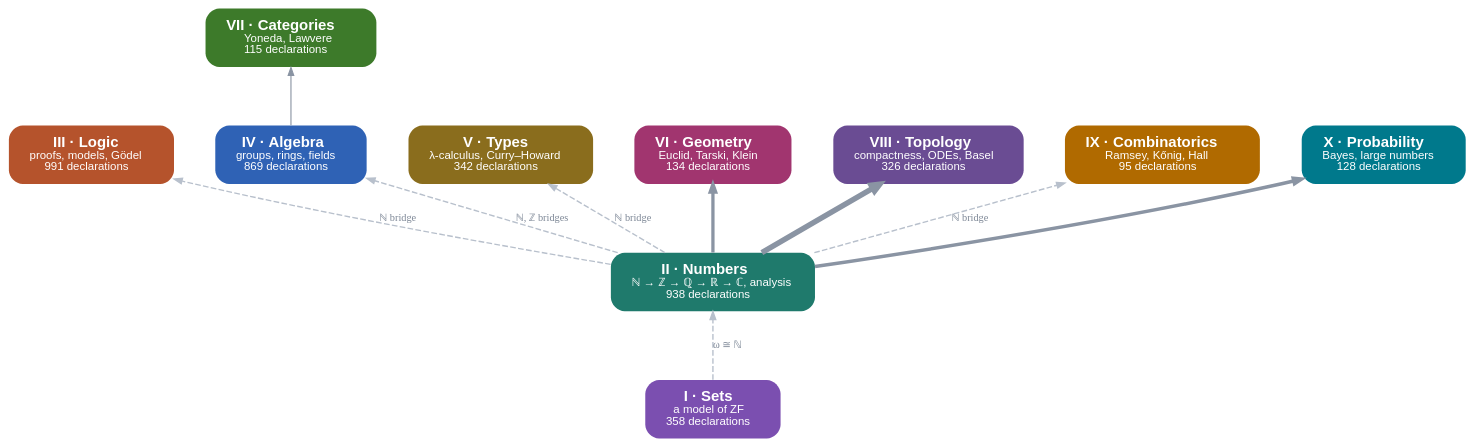
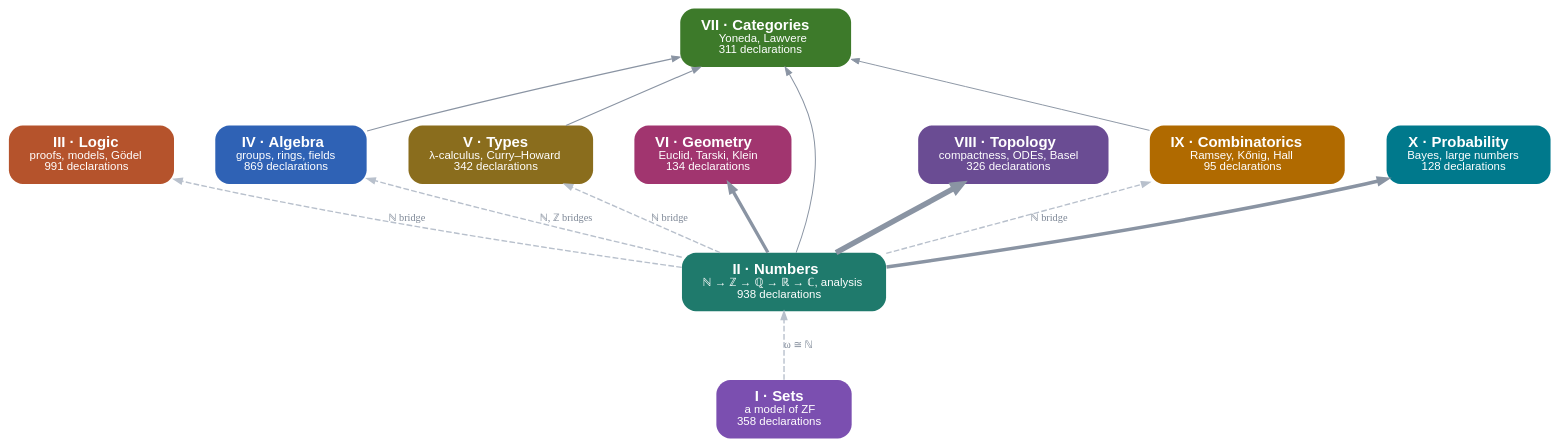
Before and after one commit to damianspendel/foundations: the diagram in site/dist/parts.dot, drawn with Graphviz. The commit also changed 16 other files, not shown here.

```diff
--- a/site/dist/parts.dot
+++ b/site/dist/parts.dot
@@ -1,24 +1,27 @@
 digraph parts {
 rankdir=BT; bgcolor="transparent"; nodesep=0.5; ranksep=0.7;
 node [shape=box, style="rounded,filled", fontname="Helvetica", fontsize=13, penwidth=0, margin="0.25,0.12"];
 edge [color="#8a94a3", arrowsize=0.7];
 "Sets" [label=<<b>I · Sets</b><br/><font point-size="10">a model of ZF<br/>358 declarations</font>>, fillcolor="#7b4fb0", fontcolor="white"];
 "Numbers" [label=<<b>II · Numbers</b><br/><font point-size="10">ℕ → ℤ → ℚ → ℝ → ℂ, analysis<br/>938 declarations</font>>, fillcolor="#1f7a6c", fontcolor="white"];
 "Logic" [label=<<b>III · Logic</b><br/><font point-size="10">proofs, models, Gödel<br/>991 declarations</font>>, fillcolor="#b5532c", fontcolor="white"];
 "Algebra" [label=<<b>IV · Algebra</b><br/><font point-size="10">groups, rings, fields<br/>869 declarations</font>>, fillcolor="#2f62b5", fontcolor="white"];
 "Types" [label=<<b>V · Types</b><br/><font point-size="10">λ-calculus, Curry–Howard<br/>342 declarations</font>>, fillcolor="#8a6d1d", fontcolor="white"];
 "Geometry" [label=<<b>VI · Geometry</b><br/><font point-size="10">Euclid, Tarski, Klein<br/>134 declarations</font>>, fillcolor="#a1356f", fontcolor="white"];
-"Categories" [label=<<b>VII · Categories</b><br/><font point-size="10">Yoneda, Lawvere<br/>115 declarations</font>>, fillcolor="#3d7a2a", fontcolor="white"];
+"Categories" [label=<<b>VII · Categories</b><br/><font point-size="10">Yoneda, Lawvere<br/>311 declarations</font>>, fillcolor="#3d7a2a", fontcolor="white"];
 "Topology" [label=<<b>VIII · Topology</b><br/><font point-size="10">compactness, ODEs, Basel<br/>326 declarations</font>>, fillcolor="#6a4c93", fontcolor="white"];
 "Combinatorics" [label=<<b>IX · Combinatorics</b><br/><font point-size="10">Ramsey, Kőnig, Hall<br/>95 declarations</font>>, fillcolor="#b06a00", fontcolor="white"];
 "Probability" [label=<<b>X · Probability</b><br/><font point-size="10">Bayes, large numbers<br/>128 declarations</font>>, fillcolor="#00798c", fontcolor="white"];
 "Algebra" -> "Categories" [penwidth=0.98, tooltip="23 uses of Algebra in Categories"];
+"Combinatorics" -> "Categories" [penwidth=0.84, tooltip="1 uses of Combinatorics in Categories"];
+"Numbers" -> "Categories" [penwidth=0.88, tooltip="5 uses of Numbers in Categories"];
 "Numbers" -> "Geometry" [penwidth=2.87, tooltip="3189 uses of Numbers in Geometry"];
 "Numbers" -> "Probability" [penwidth=3.01, tooltip="3662 uses of Numbers in Probability"];
 "Numbers" -> "Topology" [penwidth=4.80, tooltip="11945 uses of Numbers in Topology"];
+"Types" -> "Categories" [penwidth=0.97, tooltip="21 uses of Types in Categories"];
 "Sets" -> "Numbers" [style=dashed, color="#b8c0cc", penwidth=1.2, label=<<font point-size="9" color="#7d8796">ω ≅ ℕ</font>>];
 "Numbers" -> "Logic" [style=dashed, color="#b8c0cc", penwidth=1.2, label=<<font point-size="9" color="#7d8796">ℕ bridge</font>>];
 "Numbers" -> "Algebra" [style=dashed, color="#b8c0cc", penwidth=1.2, label=<<font point-size="9" color="#7d8796">ℕ, ℤ bridges</font>>];
 "Numbers" -> "Types" [style=dashed, color="#b8c0cc", penwidth=1.2, label=<<font point-size="9" color="#7d8796">ℕ bridge</font>>];
 "Numbers" -> "Combinatorics" [style=dashed, color="#b8c0cc", penwidth=1.2, label=<<font point-size="9" color="#7d8796">ℕ bridge</font>>];
 }
```
